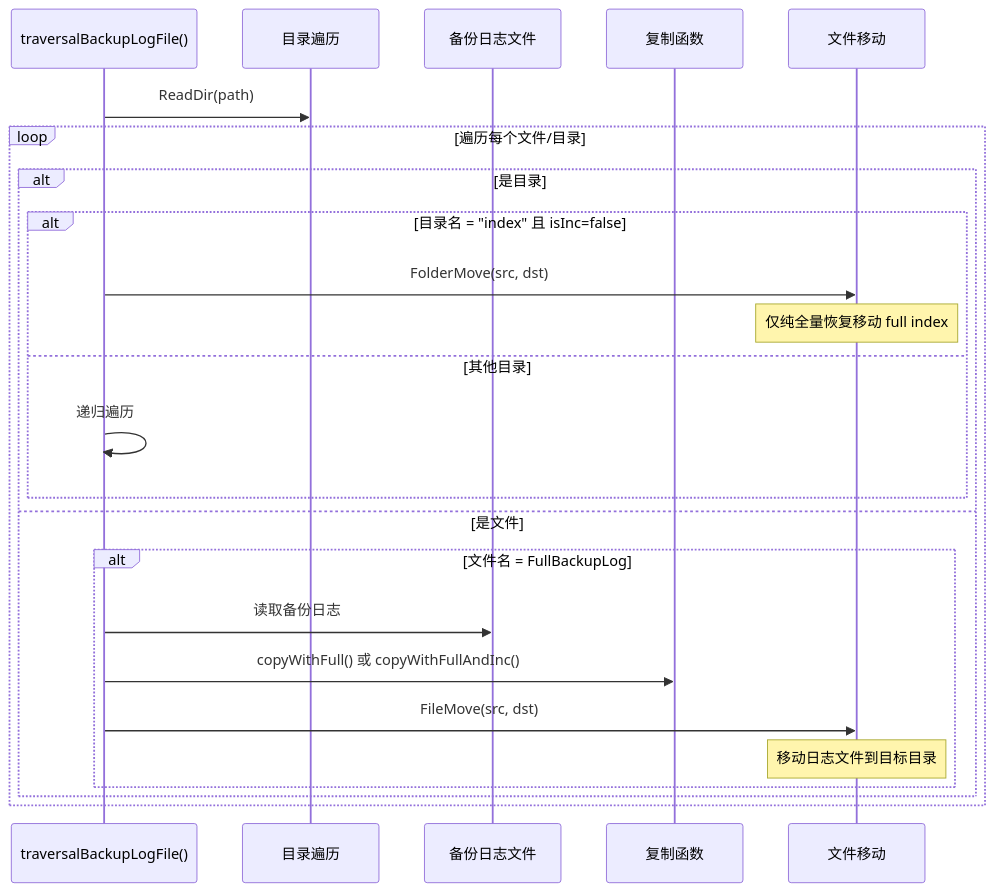
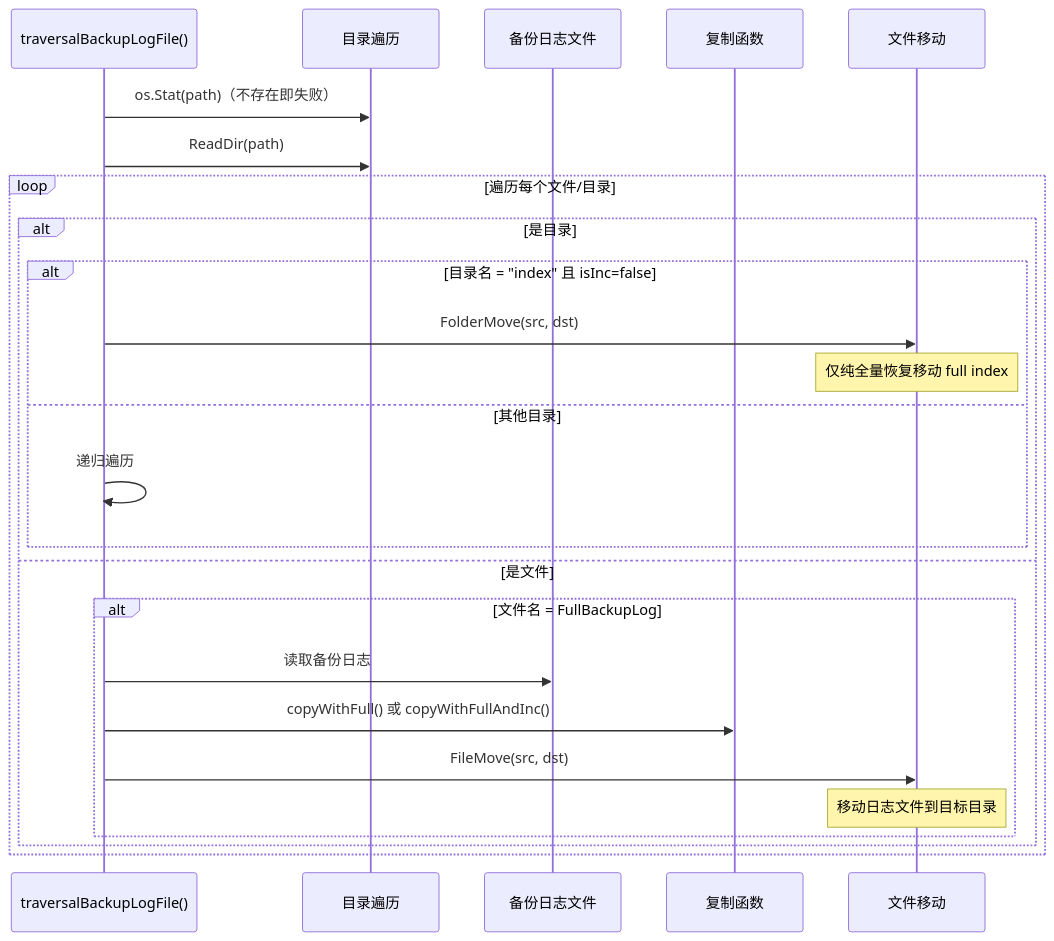
One commit to stefanv5/openGemini changed the seventh of 11 diagrams in docs/specs/35_recovery_tool_spec.md. Above: the diagram before and after it, drawn with Mermaid. The commit also changed other lines of this file and 37 other files, not shown here.

````diff
--- a/docs/specs/35_recovery_tool_spec.md
+++ b/docs/specs/35_recovery_tool_spec.md
@@ -713,28 +754,29 @@
 ```mermaid
 sequenceDiagram
     participant Trav as traversalBackupLogFile()
     participant Dir as 目录遍历
     participant Log as 备份日志文件
     participant Copy as 复制函数
     participant Move as 文件移动
 
+    Trav->>Dir: os.Stat(path)（不存在即失败）
     Trav->>Dir: ReadDir(path)
 
     loop 遍历每个文件/目录
         alt 是目录
             alt 目录名 = "index" 且 isInc=false
                 Trav->>Move: FolderMove(src, dst)
                 Note over Move: 仅纯全量恢复移动 full index
             else 其他目录
                 Trav->>Trav: 递归遍历
             end
         else 是文件
             alt 文件名 = FullBackupLog
                 Trav->>Log: 读取备份日志
                 Trav->>Copy: copyWithFull() 或 copyWithFullAndInc()
                 Trav->>Move: FileMove(src, dst)
                 Note over Move: 移动日志文件到目标目录
             end
         end
     end
 ```
````
